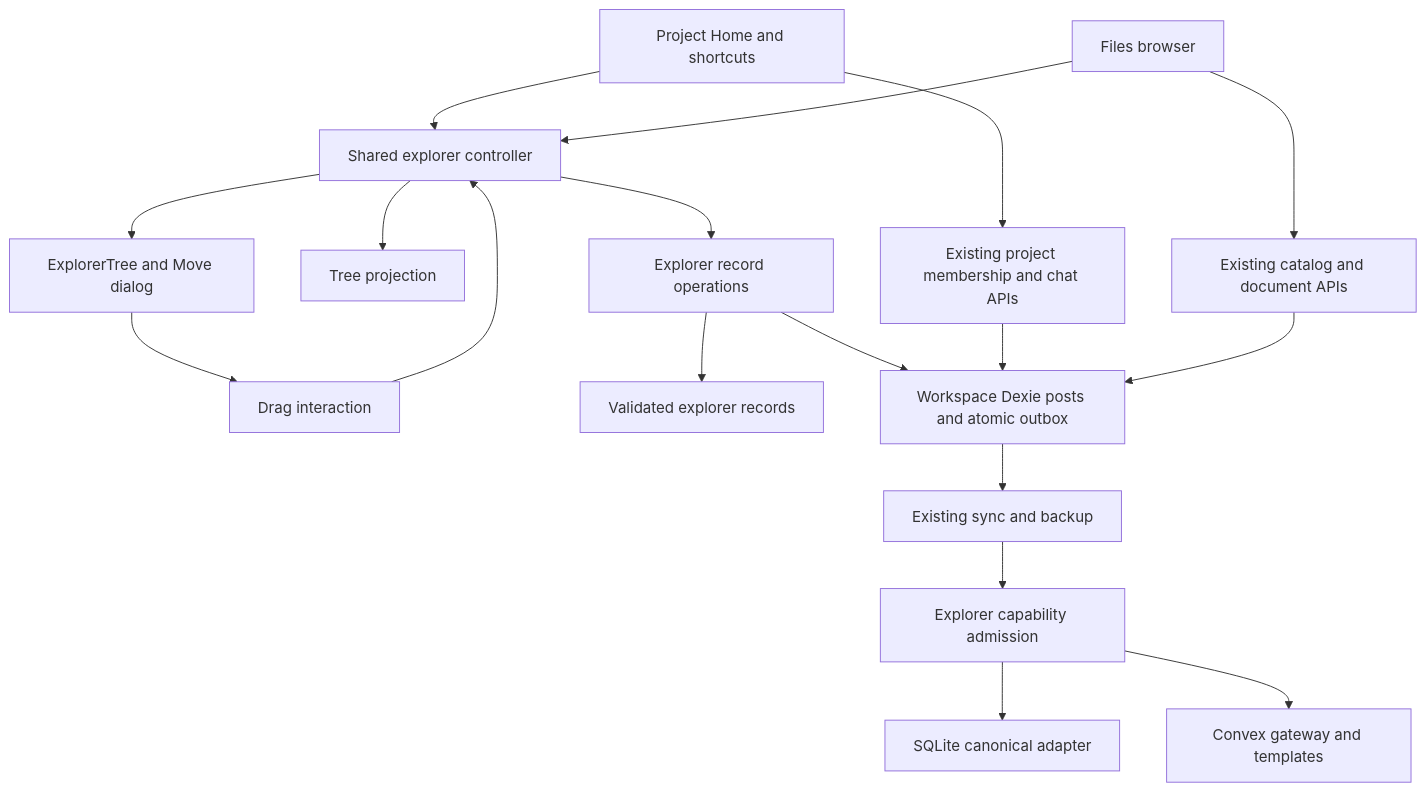
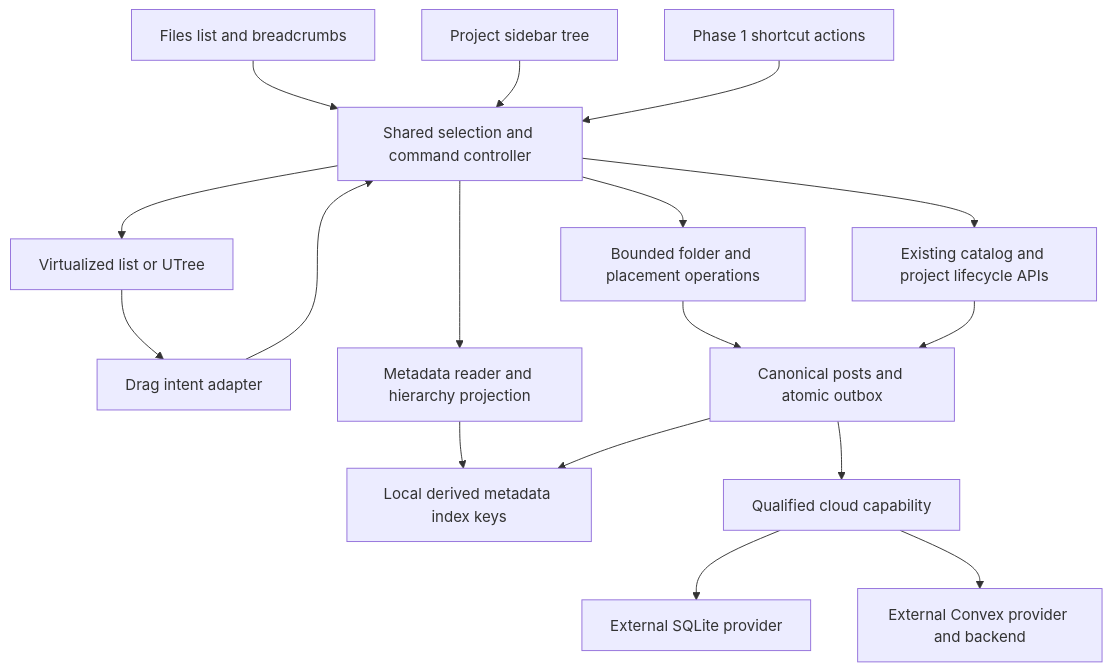
Before and after one commit to Saluana/or3-chat: the diagram in planning/shared-file-explorer/design.md, drawn with Mermaid. The commit also changed other lines of this file and 2 other files, not shown here.

Commit message:
add plan for file explorer

````diff
--- a/planning/shared-file-explorer/design.md
+++ b/planning/shared-file-explorer/design.md
@@ -11,20 +11,19 @@
 ```mermaid
 flowchart TD
-    P[Project Home and shortcuts] --> U[Shared explorer controller]
-    F[Files browser] --> U
-    U --> T[ExplorerTree and Move dialog]
-    T --> D[Drag interaction]
+    F[Files list and breadcrumbs] --> U[Shared selection and command controller]
+    P[Project sidebar tree] --> U
+    S[Phase 1 shortcut actions] --> U
+    U --> V[Virtualized list or UTree]
+    V --> D[Drag intent adapter]
     D --> U
-    U --> G[Tree projection]
-    U --> W[Explorer record operations]
-    P --> A[Existing project membership and chat APIs]
-    F --> B[Existing catalog and document APIs]
-    W --> R[Validated explorer records]
-    W --> DB[Workspace Dexie posts and atomic outbox]
+    U --> Q[Metadata reader and hierarchy projection]
+    U --> W[Bounded folder and placement operations]
+    U --> A[Existing catalog and project lifecycle APIs]
+    Q --> K[Local derived metadata index keys]
+    W --> DB[Canonical posts and atomic outbox]
     A --> DB
-    B --> DB
-    DB --> S[Existing sync and backup]
-    S --> C[Explorer capability admission]
-    C --> SQ[SQLite canonical adapter]
-    C --> CV[Convex gateway and templates]
+    DB --> K
+    DB --> C[Qualified cloud capability]
+    C --> SQ[External SQLite provider]
+    C --> CV[External Convex provider and backend]
 ```
````
